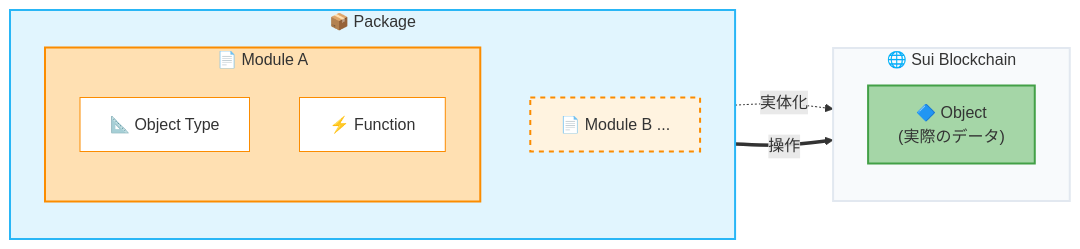
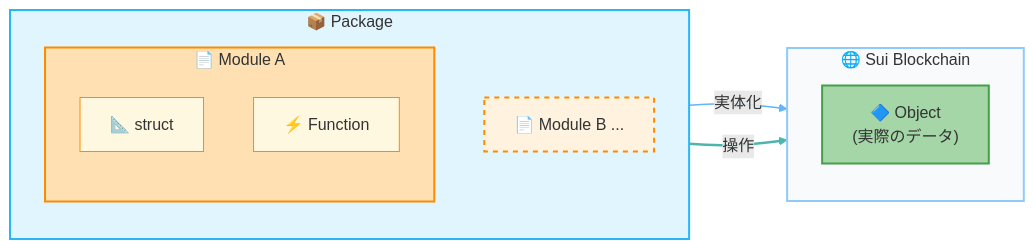
One commit to suidevgru/suidevgru.github.io changed the diagram in i18n/ja/docusaurus-plugin-content-docs/current/learn/beginner/L13-learn-move-mechanics.mdx. Above: the diagram before and after it, drawn with Mermaid. The commit also changed 1 other file, not shown here.

Commit message:
Refine L13 Mermaid diagram styling and Docusaurus Mermaid theme config
- `docusaurus.config.ts`
    - Add `mermaid.theme` config for light/dark mode support

- `i18n/ja/docusaurus-plugin-content-docs/current/learn/beginner/L13-learn-move-mechanics.mdx`
    - Rename "Object Type" label to "struct" for accuracy
    - Change instantiation arrow from dotted to solid style
    - Add explicit `linkStyle` rules for instantiation and operation arrows
    - Add `color:#333` to all node styles for better text visibility
    - Update Chain node border color from `#e2e8f0` to `#90caf9`
    - Change TypeA/FuncA fill color from `#fff` to `#fff8e1` for consistency

````diff
--- a/i18n/ja/docusaurus-plugin-content-docs/current/learn/beginner/L13-learn-move-mechanics.mdx
+++ b/i18n/ja/docusaurus-plugin-content-docs/current/learn/beginner/L13-learn-move-mechanics.mdx
@@ -23,36 +23,40 @@
 ```mermaid
 flowchart LR
     %% --- 左側：パッケージ ---
     subgraph Pkg ["📦 Package"]
         direction TB
         
         subgraph ModA ["📄 Module A"]
             direction TB
-            TypeA["📐 Object Type"]
+            TypeA["📐 struct"]
             FuncA["⚡ Function"]
         end
         
         ModB["📄 Module B ..."]
     end
 
     %% --- 右側：ブロックチェーン ---
     subgraph Chain ["🌐 Sui Blockchain"]
         direction TB
         Obj["🔷 Object<br/>(実際のデータ)"]
     end
 
     %% --- 矢印（型と関数の両方から1つのObjectへ） ---
-    TypeA -.->|"実体化"| Obj
+    TypeA -->|"実体化"| Obj
     FuncA ==>|"操作"| Obj
 
+    %% --- リンクスタイリング（0: 実体化, 1: 操作）---
+    linkStyle 0 stroke:#64b5f6,stroke-width:1.5px
+    linkStyle 1 stroke:#4db6ac,stroke-width:2.5px
+
     %% --- スタイリング ---
-    style Pkg fill:#e1f5fe,stroke:#29b6f6,stroke-width:2px
-    style ModA fill:#ffe0b2,stroke:#fb8c00,stroke-width:2px
-    style ModB fill:#fff3e0,stroke:#fb8c00,stroke-width:2px,stroke-dasharray: 5 5
-    
-    style TypeA fill:#fff,stroke:#fb8c00
-    style FuncA fill:#fff,stroke:#fb8c00
-    
-    style Chain fill:#f8fafc,stroke:#e2e8f0,stroke-width:2px
-    style Obj fill:#a5d6a7,stroke:#43a047,stroke-width:2px
+    style Pkg fill:#e1f5fe,stroke:#29b6f6,stroke-width:2px,color:#333
+    style ModA fill:#ffe0b2,stroke:#fb8c00,stroke-width:2px,color:#333
+    style ModB fill:#fff3e0,stroke:#fb8c00,stroke-width:2px,stroke-dasharray: 5 5,color:#333
+
+    style TypeA fill:#fff8e1,stroke:#fb8c00,color:#333
+    style FuncA fill:#fff8e1,stroke:#fb8c00,color:#333
+
+    style Chain fill:#f8fafc,stroke:#90caf9,stroke-width:2px,color:#333
+    style Obj fill:#a5d6a7,stroke:#43a047,stroke-width:2px,color:#333
 ```
````
